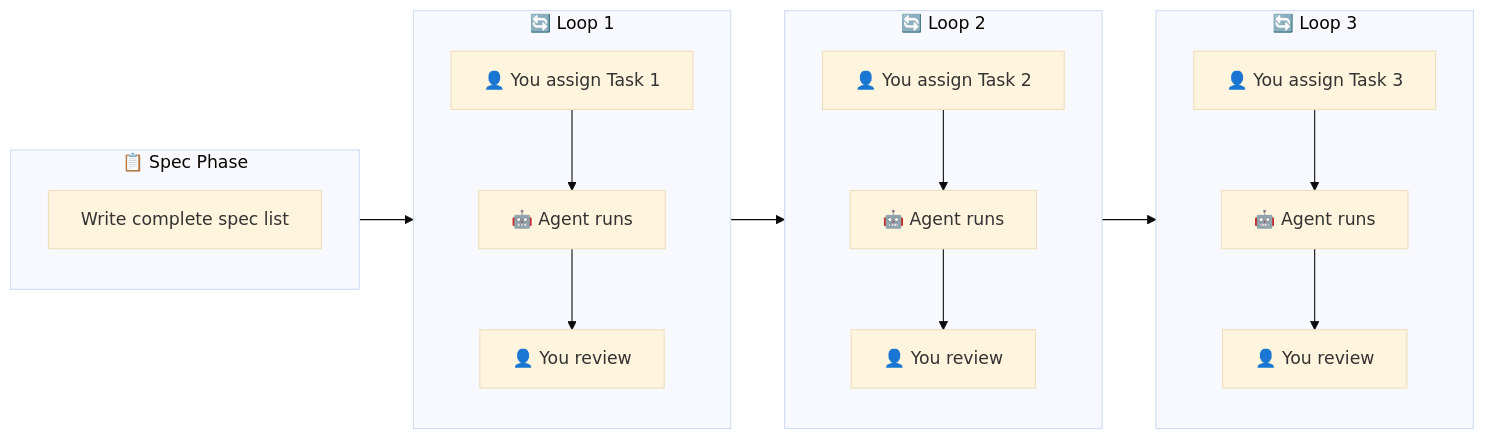
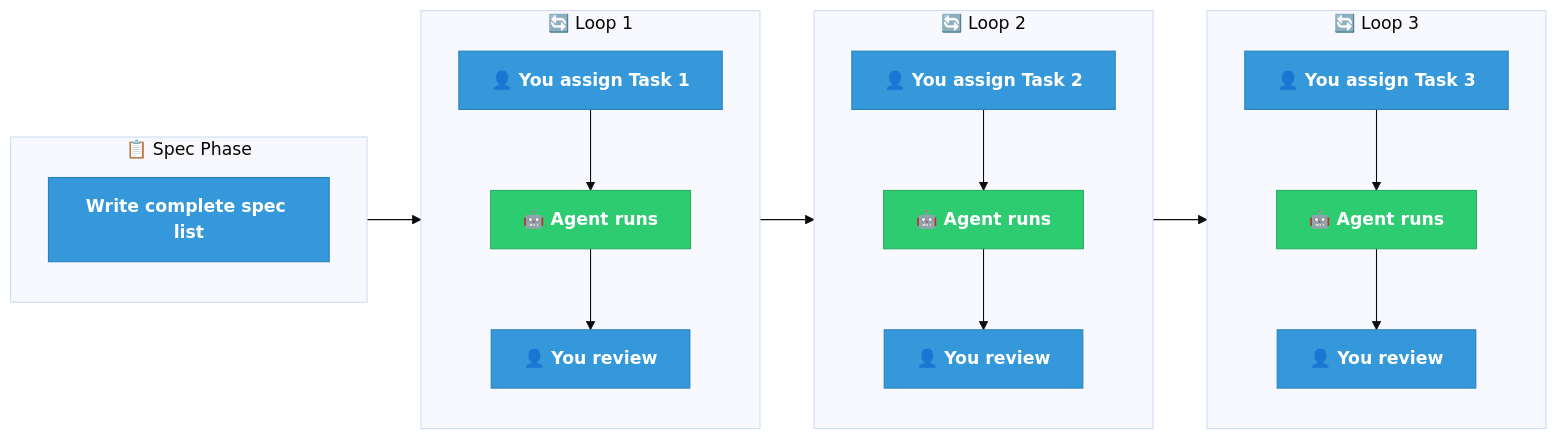
Before and after one commit to gpsaggese/gpsaggese.github.io: the second of 3 diagrams in website/docs/blog/posts/draft.how_to.Stacked_PRs_for_agentic_developent.md, drawn with Mermaid (base theme). The commit also changed other lines of this file and 5 other files, not shown here.

````diff
--- a/website/docs/blog/posts/draft.how_to.Stacked_PRs_for_agentic_developent.md
+++ b/website/docs/blog/posts/draft.how_to.Stacked_PRs_for_agentic_developent.md
@@ -96,29 +92,32 @@
 ```mermaid
 graph LR
+    classDef execute fill:#2ecc71,stroke:#27ae60,color:#fff,font-weight:bold
+    classDef review fill:#3498db,stroke:#2980b9,color:#fff,font-weight:bold
+    
     subgraph spec["📋 Spec Phase"]
-        S["Write complete spec list"]
+        S["Write complete spec list"]:::review
     end
     
     subgraph loop1["🔄 Loop 1"]
-        L1a["👤 You assign Task 1"]
-        L1b["🤖 Agent runs"]
-        L1c["👤 You review"]
+        L1a["👤 You assign Task 1"]:::review
+        L1b["🤖 Agent runs"]:::execute
+        L1c["👤 You review"]:::review
         L1a --> L1b --> L1c
     end
     
     subgraph loop2["🔄 Loop 2"]
-        L2a["👤 You assign Task 2"]
-        L2b["🤖 Agent runs"]
-        L2c["👤 You review"]
+        L2a["👤 You assign Task 2"]:::review
+        L2b["🤖 Agent runs"]:::execute
+        L2c["👤 You review"]:::review
         L2a --> L2b --> L2c
     end
     
     subgraph loop3["🔄 Loop 3"]
-        L3a["👤 You assign Task 3"]
-        L3b["🤖 Agent runs"]
-        L3c["👤 You review"]
+        L3a["👤 You assign Task 3"]:::review
+        L3b["🤖 Agent runs"]:::execute
+        L3c["👤 You review"]:::review
         L3a --> L3b --> L3c
     end
     
     spec --> loop1 --> loop2 --> loop3
 ```
````
